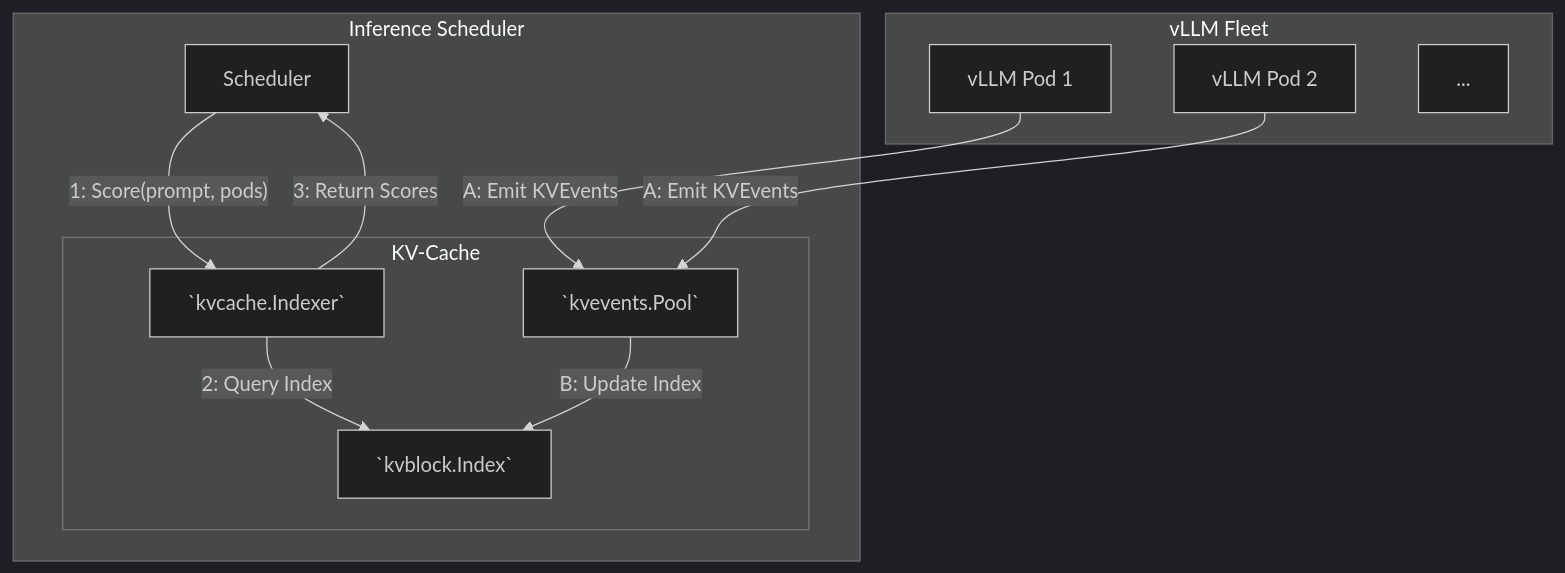
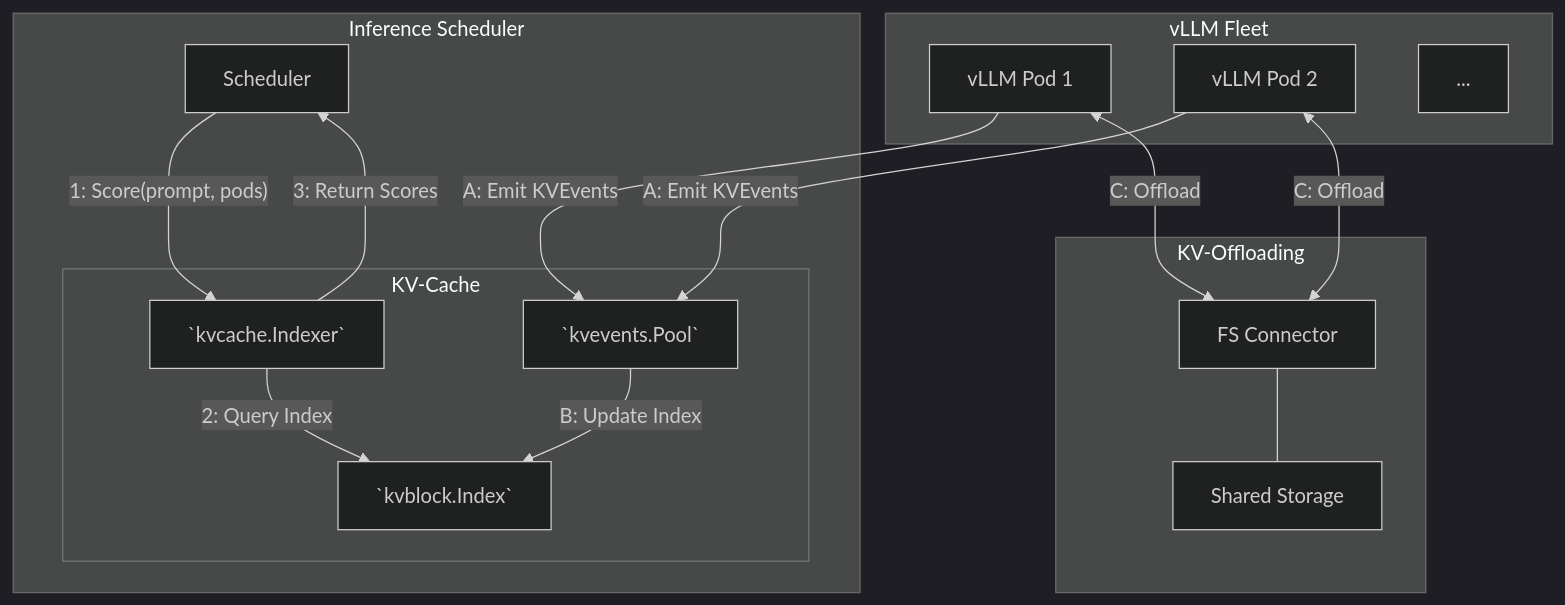
The diagram in README.md (llm-d/llm-d-kv-cache), drawn with Mermaid (dark theme) before and after one commit. The commit also changed other lines of this file and 6 other files, not shown here.

````diff
--- a/README.md
+++ b/README.md
@@ -32,26 +19,34 @@
 ```mermaid
 graph TD
     subgraph "Inference Scheduler"
         A[Scheduler]
 
         subgraph "KV-Cache"
             B[`kvcache.Indexer`]
             C[`kvblock.Index`]
             D[`kvevents.Pool`]
         end
     end
 
     subgraph "vLLM Fleet"
         E[vLLM Pod 1]
         F[vLLM Pod 2]
         G[...]
     end
 
+    subgraph "KV-Offloading"
+        H[FS Connector]
+        I[Shared Storage]
+        H --- I
+    end
+
     A--"1: Score(prompt, pods)"-->B
     B--"2: Query Index"-->C
     B--"3: Return Scores"-->A
-    
+
     E--"A: Emit KVEvents"-->D
     F--"A: Emit KVEvents"-->D
     D--"B: Update Index"-->C
+
+    E & F<--"C: Offload"-->H
 ```
````
